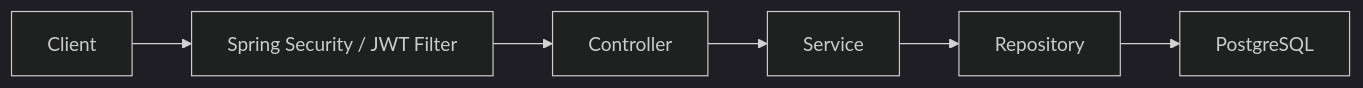
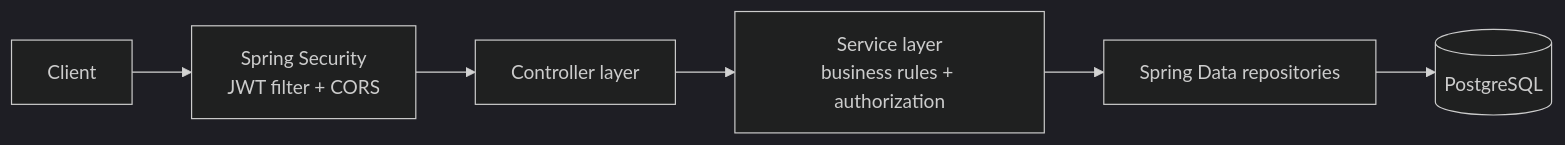
One commit to hsiao0207/PatAPet changed the second of 3 diagrams in README.md. Above: the diagram before and after it, drawn with Mermaid (dark theme). The commit also changed other lines of this file, not shown here.

````diff
--- a/README.md
+++ b/README.md
@@ -80,8 +101,8 @@
 ```mermaid
 flowchart LR
-    Client --> Security["Spring Security / JWT Filter"]
-    Security --> Controller
-    Controller --> Service
-    Service --> Repository
-    Repository --> PostgreSQL
+    Client --> Security[Spring Security<br/>JWT filter + CORS]
+    Security --> Controller[Controller layer]
+    Controller --> Service[Service layer<br/>business rules + authorization]
+    Service --> Repository[Spring Data repositories]
+    Repository --> Database[(PostgreSQL)]
 ```
````
